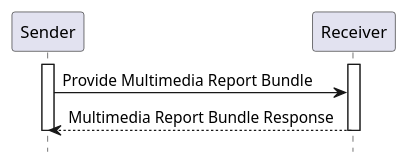
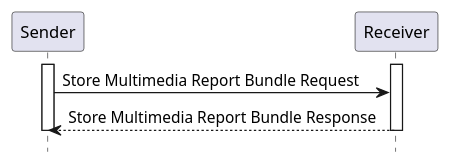
One commit to IHE/RAD.IMR changed the diagram in input/images-source/RAD-Y1-seq.plantuml. Above: the diagram before and after it, drawn with PlantUML. The commit also changed 1 other file, not shown here.

```diff
--- a/input/images-source/RAD-Y1-seq.plantuml
+++ b/input/images-source/RAD-Y1-seq.plantuml
@@ -1,15 +1,15 @@
 @startuml
 
 hide footbox
 
 participant "Sender" as Creator
 participant "Receiver" as Repo
 
 activate Creator
 activate Repo
-Creator->Repo: Provide Multimedia Report Bundle
-Repo-->Creator: Multimedia Report Bundle Response
+Creator->Repo: Store Multimedia Report Bundle Request
+Repo-->Creator: Store Multimedia Report Bundle Response
 deactivate Repo
 deactivate Creator
 
 @enduml
```
